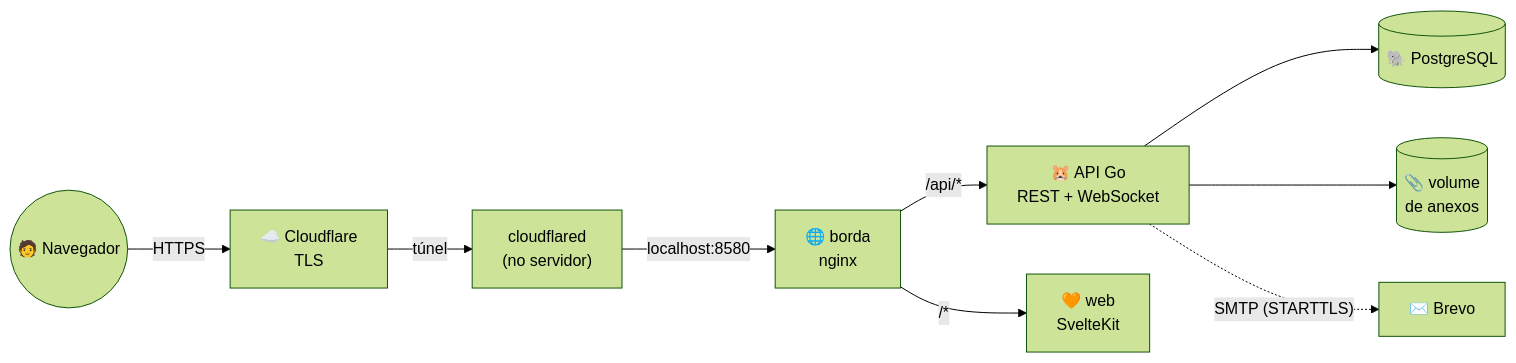
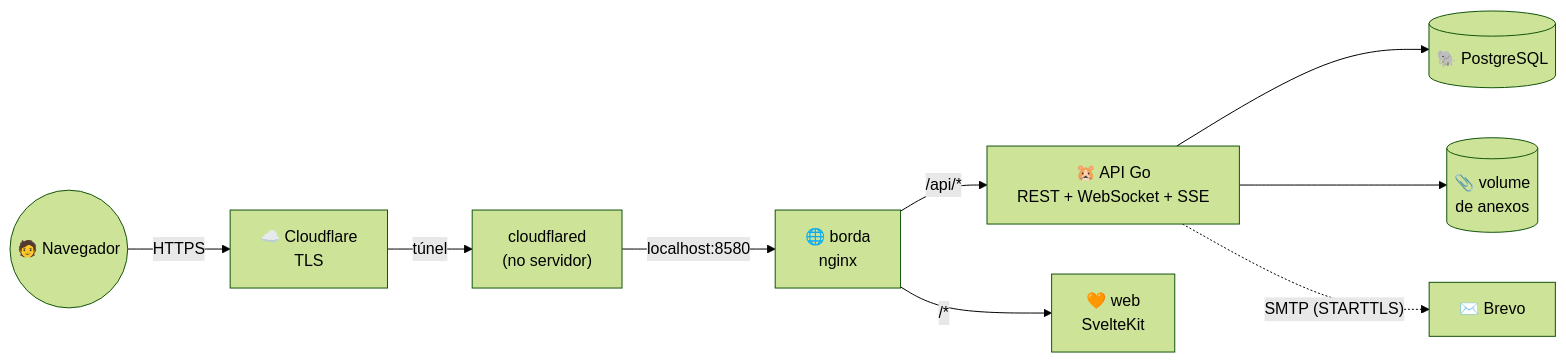
One commit to caetasousa/stacktrack changed the first of 4 diagrams in docs/arquitetura.md. Above: the diagram before and after it, drawn with Mermaid (forest theme). The commit also changed other lines of this file and 11 other files, not shown here.

````diff
--- a/docs/arquitetura.md
+++ b/docs/arquitetura.md
@@ -26,11 +26,11 @@
 ```mermaid
 flowchart LR
     U(("🧑 Navegador")) -- HTTPS --> CF["☁️ Cloudflare<br/>TLS"]
     CF -- túnel --> T["cloudflared<br/>(no servidor)"]
     T -- "localhost:8580" --> B["🌐 borda<br/>nginx"]
-    B -- "/api/*" --> A["🐹 API Go<br/>REST + WebSocket"]
+    B -- "/api/*" --> A["🐹 API Go<br/>REST + WebSocket + SSE"]
     B -- "/*" --> W["🧡 web<br/>SvelteKit"]
     A --> P[("🐘 PostgreSQL")]
     A --> D[("📎 volume<br/>de anexos")]
     A -. "SMTP (STARTTLS)" .-> M["✉️ Brevo"]
 ```
````
